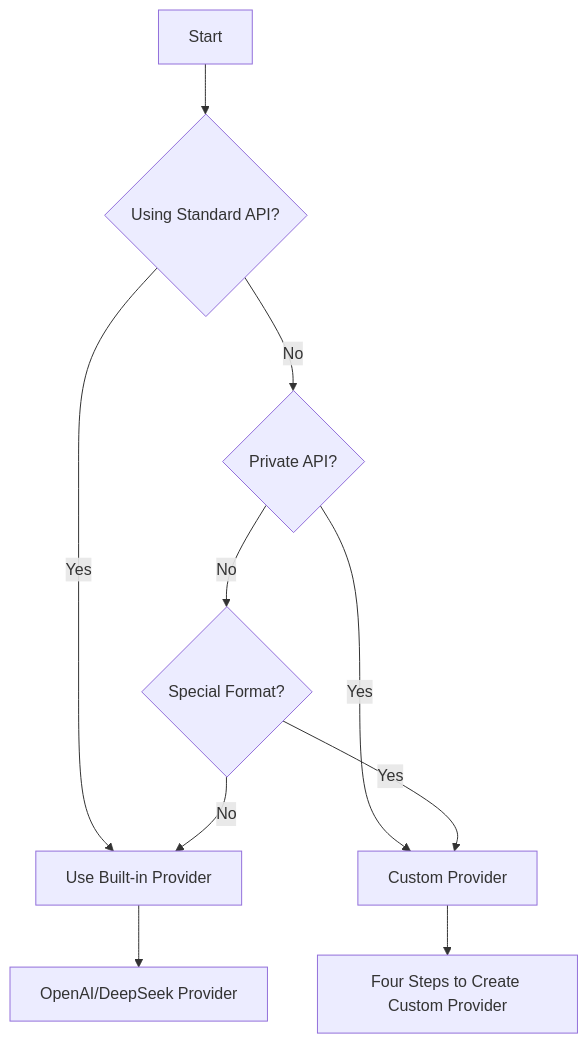
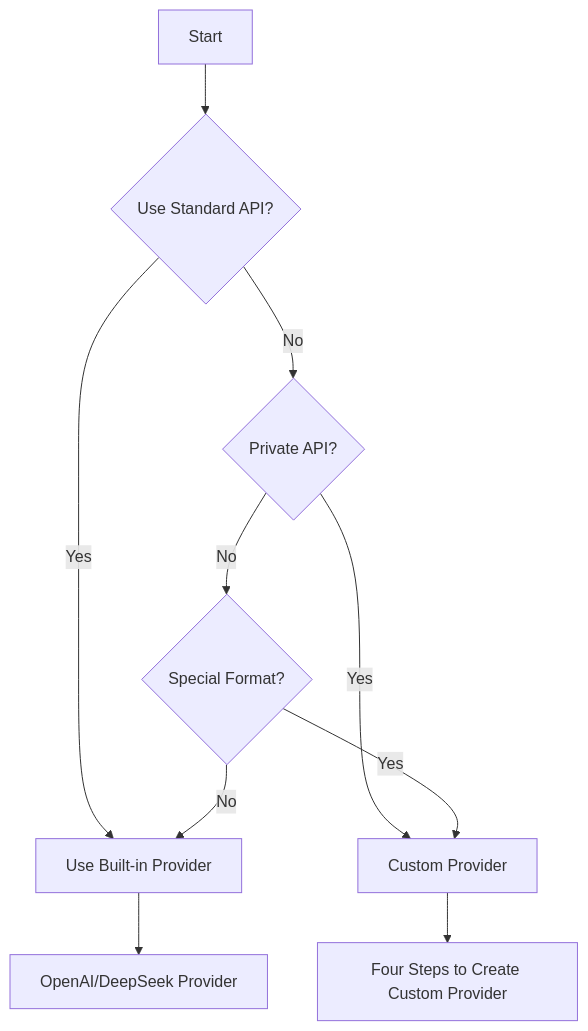
One commit to ant-design/x changed the second of 7 diagrams in packages/x-skill/skills/x-chat-provider/SKILL.md. Above: the diagram before and after it, drawn with Mermaid. The commit also changed other lines of this file and 25 other files, not shown here.

````diff
--- a/packages/x-skill/skills/x-chat-provider/SKILL.md
+++ b/packages/x-skill/skills/x-chat-provider/SKILL.md
@@ -103,13 +106,13 @@
 ```mermaid
 graph TD
-    A[Start] --> B{Using Standard API?}
+    A[Start] --> B{Use Standard API?}
     B -->|Yes| C[Use Built-in Provider]
     B -->|No| D{Private API?}
     D -->|Yes| E[Custom Provider]
     D -->|No| F{Special Format?}
     F -->|Yes| E
     F -->|No| C
 
     C --> G[OpenAI/DeepSeek Provider]
     E --> H[Four Steps to Create Custom Provider]
 ```
````
